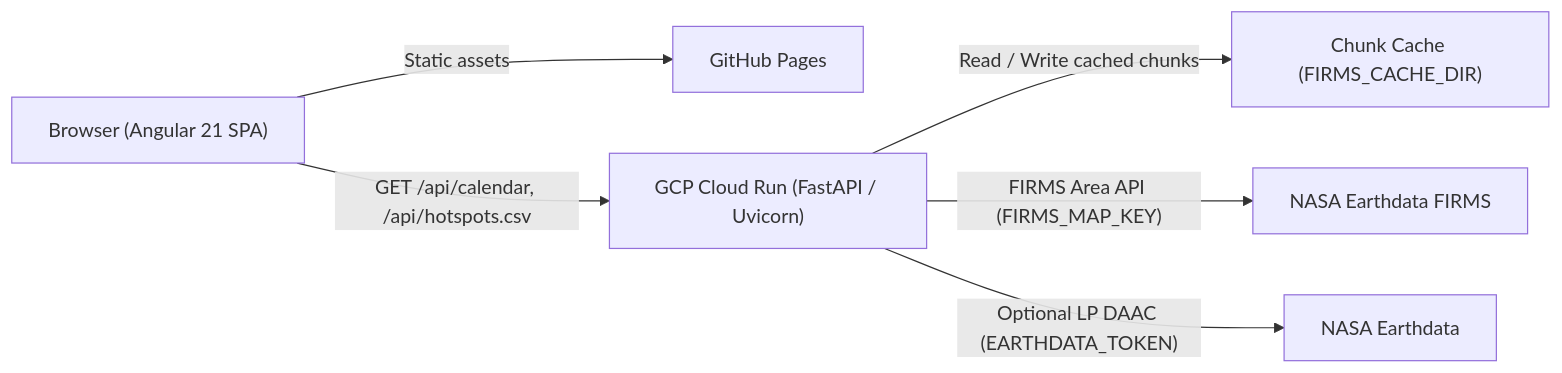
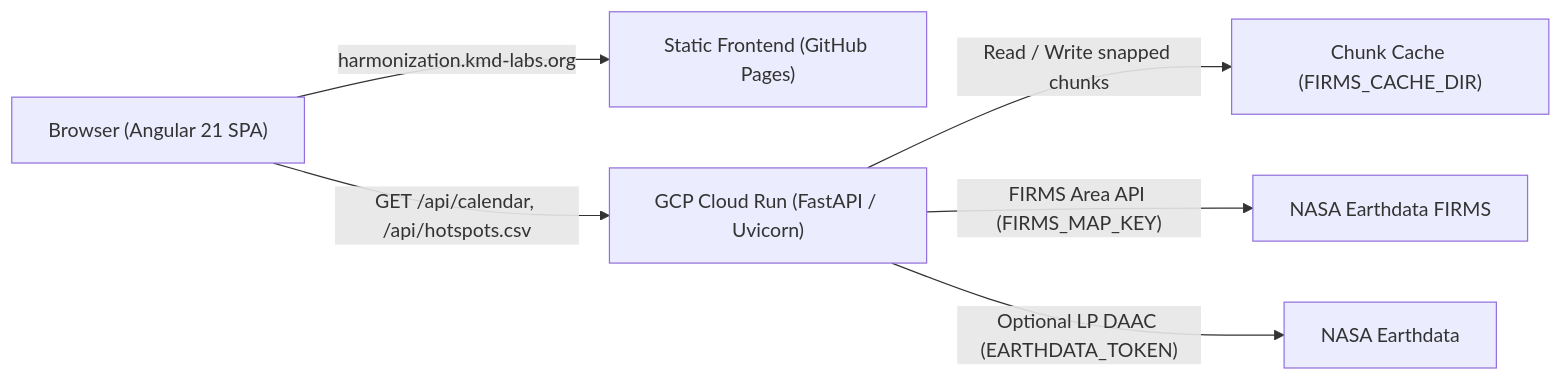
One commit to kmd-labs/nasa-wildfires-model changed the diagram in README.md. Above: the diagram before and after it, drawn with Mermaid. The commit also changed other lines of this file, not shown here.

````diff
--- a/README.md
+++ b/README.md
@@ -58,8 +81,8 @@
 ```mermaid
 flowchart LR
-    U["Browser (Angular 21 SPA)"] -->|Static assets| GHP["GitHub Pages"]
+    U["Browser (Angular 21 SPA)"] -->|"harmonization.kmd-labs.org"| WEB["Static Frontend (GitHub Pages)"]
     U -->|"GET /api/calendar, /api/hotspots.csv"| CR["GCP Cloud Run (FastAPI / Uvicorn)"]
-    CR -->|Read / Write cached chunks| DISK["Chunk Cache (FIRMS_CACHE_DIR)"]
+    CR -->|"Read / Write snapped chunks"| DISK["Chunk Cache (FIRMS_CACHE_DIR)"]
     CR -->|"FIRMS Area API (FIRMS_MAP_KEY)"| FIRMS["NASA Earthdata FIRMS"]
     CR -->|"Optional LP DAAC (EARTHDATA_TOKEN)"| LP["NASA Earthdata"]
 ```
````
